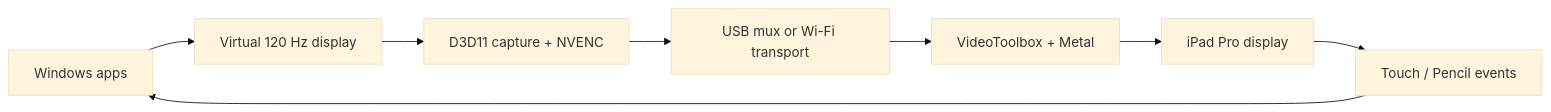
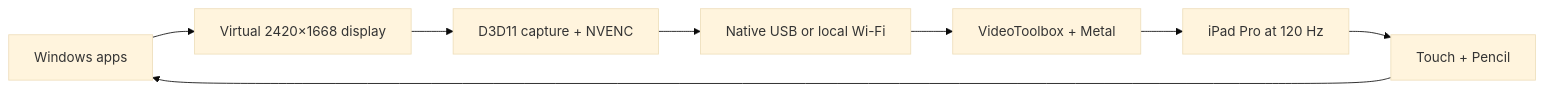
One commit to TheTerrible121/PadBridge changed the first of 2 diagrams in docs/ARCHITECTURE.md. Above: the diagram before and after it, drawn with Mermaid (base theme). The commit also changed other lines of this file and 43 other files, not shown here.

````diff
--- a/docs/ARCHITECTURE.md
+++ b/docs/ARCHITECTURE.md
@@ -9,10 +6,10 @@
 ```mermaid
 flowchart LR
-    A["Windows apps"] --> B["Virtual 120 Hz display"]
+    A["Windows apps"] --> B["Virtual 2420×1668 display"]
     B --> C["D3D11 capture + NVENC"]
-    C --> D["USB mux or Wi-Fi transport"]
+    C --> D["Native USB or local Wi-Fi"]
     D --> E["VideoToolbox + Metal"]
-    E --> F["iPad Pro display"]
-    F --> G["Touch / Pencil events"]
+    E --> F["iPad Pro at 120 Hz"]
+    F --> G["Touch + Pencil"]
     G --> A
 ```
````
